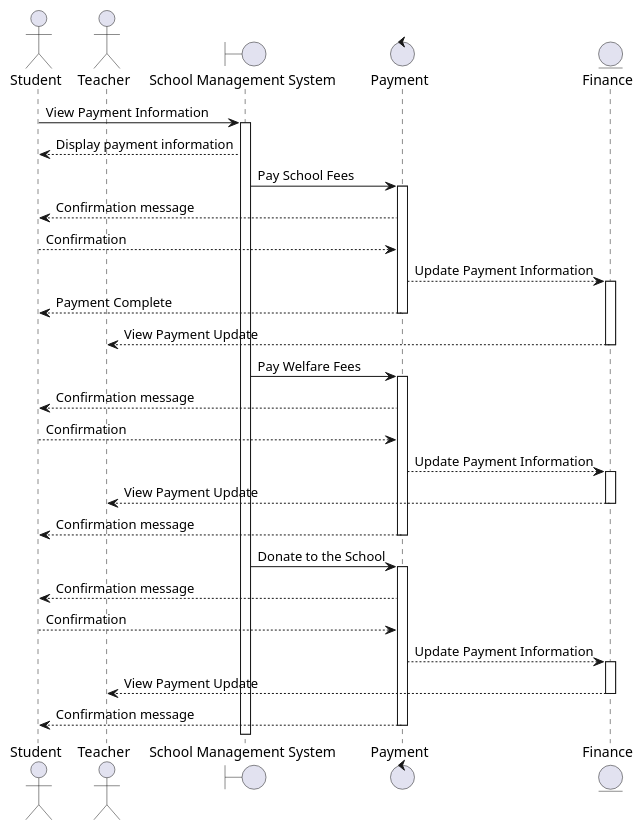
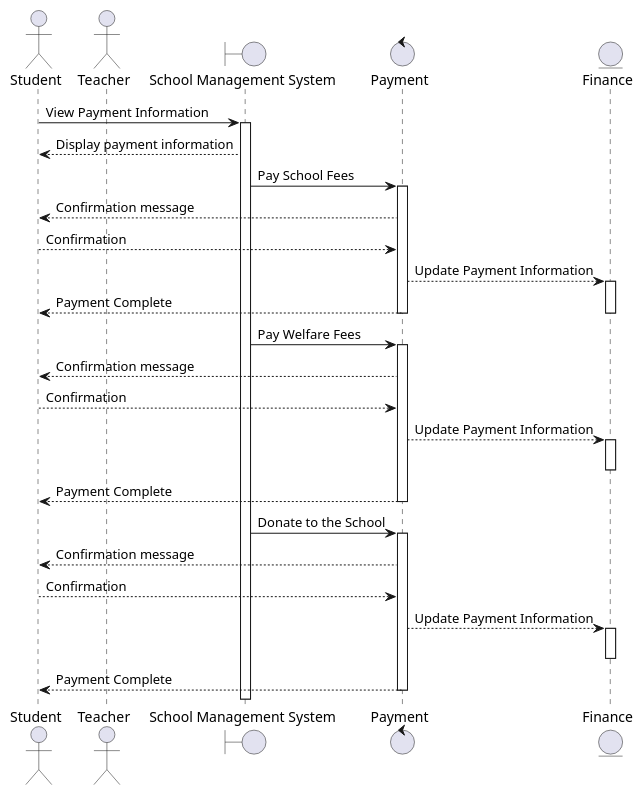
Before and after one commit to AdithyaSean/School-Management-System: the diagram in diagrams/School Management System Sequence Diagram.puml, drawn with PlantUML.

Commit message:
modified:   diagrams/School Management System Sequence Diagram.puml

```diff
--- a/diagrams/School Management System Sequence Diagram.puml
+++ b/diagrams/School Management System Sequence Diagram.puml
@@ -1,45 +1,42 @@
 @startuml School Management System
 
 actor Student
 actor Teacher
 boundary "School Management System" as SchoolManagementSystem
 control Payment
 entity Finance
 
 Student -> SchoolManagementSystem: View Payment Information
 activate SchoolManagementSystem
 SchoolManagementSystem --> Student: Display payment information
 SchoolManagementSystem -> Payment: Pay School Fees
 activate Payment
 Payment --> Student: Confirmation message
 Student --> Payment: Confirmation
 Payment --> Finance: Update Payment Information
 activate Finance
 Payment --> Student: Payment Complete
 deactivate Payment
-Finance --> Teacher: View Payment Update
 deactivate Finance
 
 SchoolManagementSystem -> Payment: Pay Welfare Fees
 activate Payment
 Payment --> Student: Confirmation message
 Student --> Payment: Confirmation
 Payment --> Finance: Update Payment Information
 activate Finance
-Finance --> Teacher: View Payment Update
 deactivate Finance
-Payment --> Student: Confirmation message
+Payment --> Student: Payment Complete
 deactivate Payment
 
 SchoolManagementSystem -> Payment: Donate to the School
 activate Payment
 Payment --> Student: Confirmation message
 Student --> Payment: Confirmation
 Payment --> Finance: Update Payment Information
 activate Finance
-Finance --> Teacher: View Payment Update
 deactivate Finance
-Payment --> Student: Confirmation message
+Payment --> Student: Payment Complete
 deactivate Payment
 
 @enduml
```
